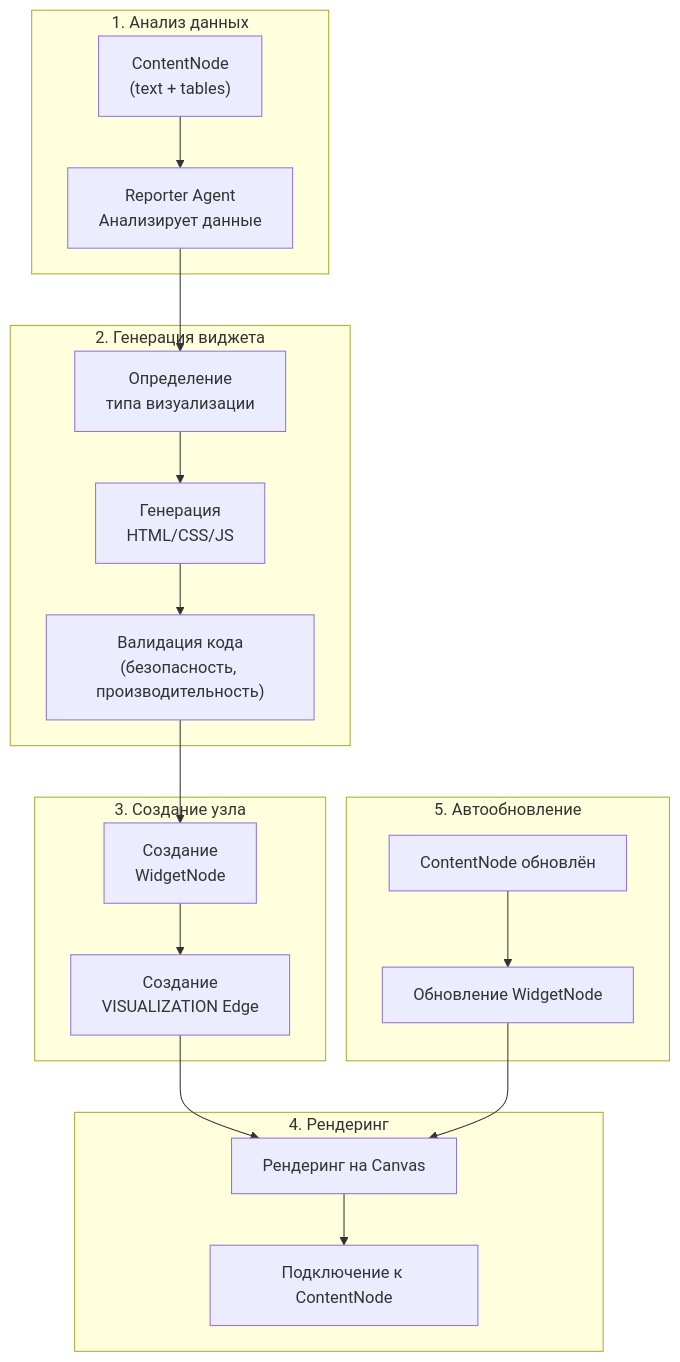
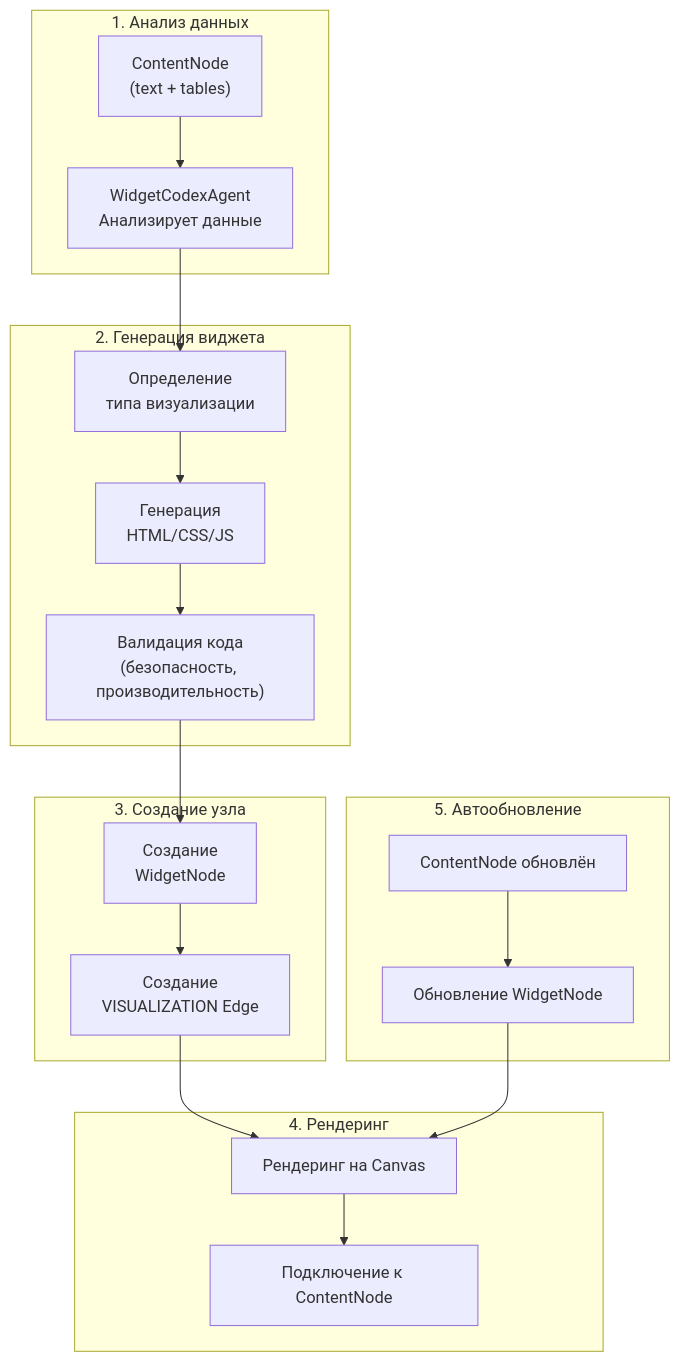
One commit to sgalex/gigaboard changed the first of 2 diagrams in docs/WIDGET_GENERATION_SYSTEM.md. Above: the diagram before and after it, drawn with Mermaid. The commit also changed other lines of this file and 126 other files, not shown here.

````diff
--- a/docs/WIDGET_GENERATION_SYSTEM.md
+++ b/docs/WIDGET_GENERATION_SYSTEM.md
@@ -20,40 +20,40 @@
 ```mermaid
 flowchart TB
   subgraph "1. Анализ данных"
     A["ContentNode\n(text + tables)"]
-    B["Reporter Agent\nАнализирует данные"]
+    B["WidgetCodexAgent\nАнализирует данные"]
   end
   
   subgraph "2. Генерация виджета"
     C["Определение\nтипа визуализации"]
     D["Генерация\nHTML/CSS/JS"]
     E["Валидация кода\n(безопасность, производительность)"]
   end
   
   subgraph "3. Создание узла"
     F["Создание\nWidgetNode"]
     G["Создание\nVISUALIZATION Edge"]
   end
   
   subgraph "4. Рендеринг"
     H["Рендеринг на Canvas"]
     I["Подключение к ContentNode"]
   end
   
   subgraph "5. Автообновление"
     J["ContentNode обновлён"]
     K["Обновление WidgetNode"]
   end
   
   A --> B
   B --> C
   C --> D
   D --> E
   E --> F
   F --> G
   G --> H
   H --> I
   
   J --> K
   K --> H
 ```
````
